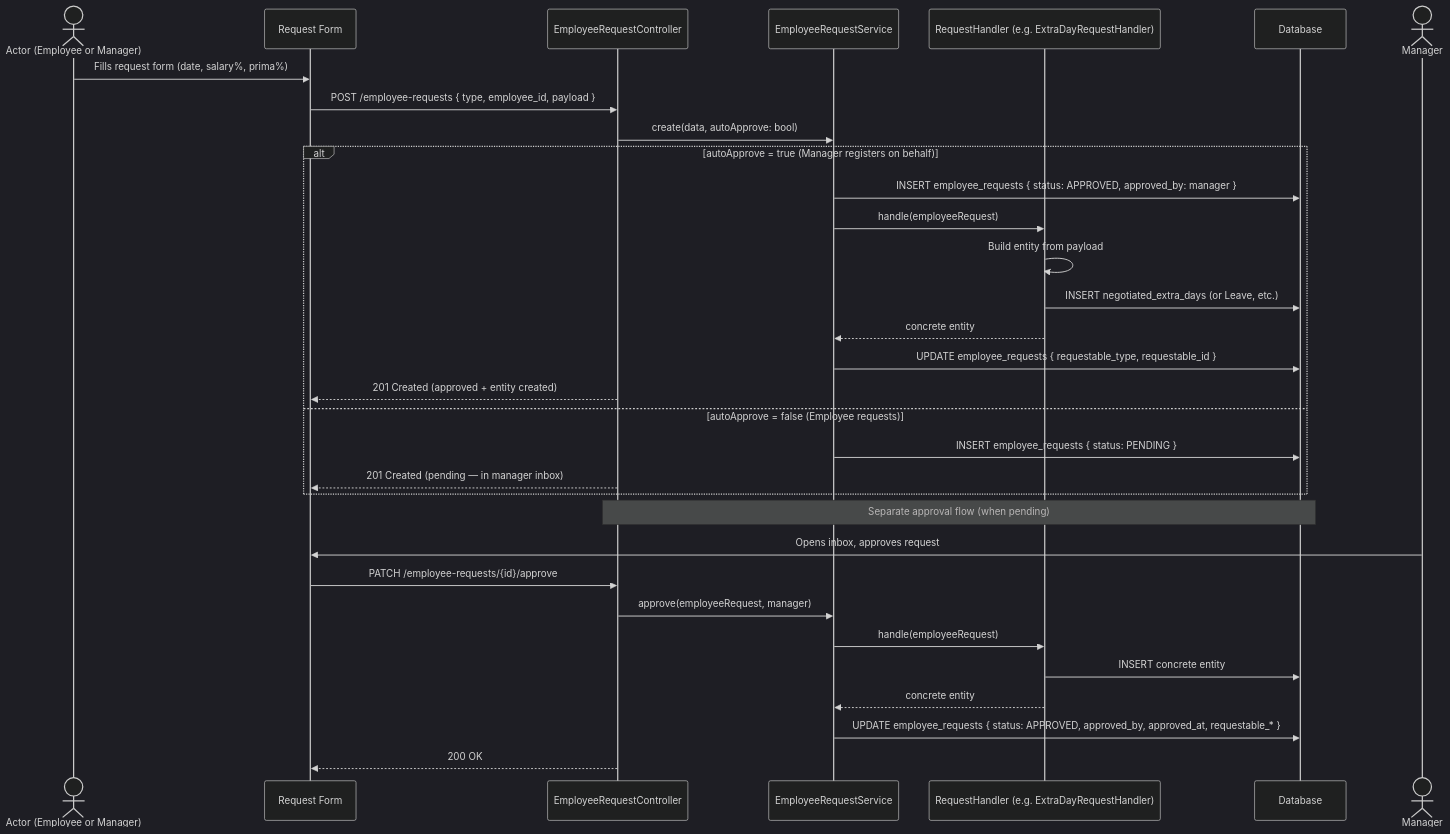
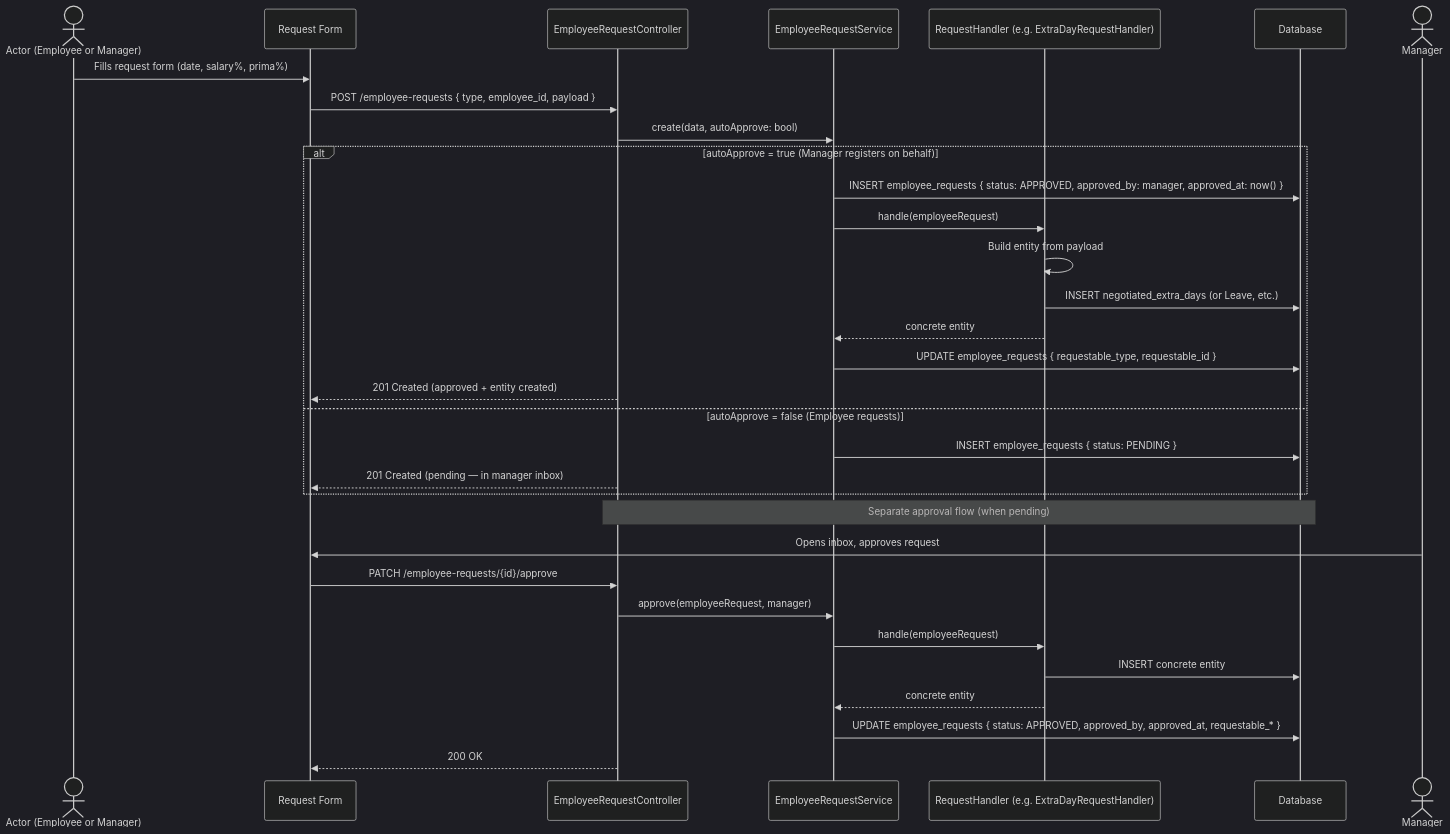
One commit to pakodiazdev/sushigo changed diagram 19 of 20 in doc/modules/attendance-payroll/attendance-payroll-domain-model.en.md. Above: the diagram before and after it, drawn with Mermaid (dark theme). The commit also changed other lines of this file and 2 other files, not shown here.

````diff
--- a/doc/modules/attendance-payroll/attendance-payroll-domain-model.en.md
+++ b/doc/modules/attendance-payroll/attendance-payroll-domain-model.en.md
@@ -1509,38 +1511,38 @@
 ```mermaid
 sequenceDiagram
     actor A as Actor (Employee or Manager)
     participant UI as Request Form
     participant API as EmployeeRequestController
     participant Svc as EmployeeRequestService
     participant Handler as RequestHandler (e.g. ExtraDayRequestHandler)
     participant DB as Database
 
     A->>UI: Fills request form (date, salary%, prima%)
     UI->>API: POST /employee-requests { type, employee_id, payload }
     API->>Svc: create(data, autoApprove: bool)
 
     alt autoApprove = true (Manager registers on behalf)
-        Svc->>DB: INSERT employee_requests { status: APPROVED, approved_by: manager }
+        Svc->>DB: INSERT employee_requests { status: APPROVED, approved_by: manager, approved_at: now() }
         Svc->>Handler: handle(employeeRequest)
         Handler->>Handler: Build entity from payload
         Handler->>DB: INSERT negotiated_extra_days (or Leave, etc.)
         Handler-->>Svc: concrete entity
         Svc->>DB: UPDATE employee_requests { requestable_type, requestable_id }
         API-->>UI: 201 Created (approved + entity created)
     else autoApprove = false (Employee requests)
         Svc->>DB: INSERT employee_requests { status: PENDING }
         API-->>UI: 201 Created (pending — in manager inbox)
     end
 
     note over API,DB: Separate approval flow (when pending)
 
     actor M as Manager
     M->>UI: Opens inbox, approves request
     UI->>API: PATCH /employee-requests/{id}/approve
     API->>Svc: approve(employeeRequest, manager)
     Svc->>Handler: handle(employeeRequest)
     Handler->>DB: INSERT concrete entity
     Handler-->>Svc: concrete entity
     Svc->>DB: UPDATE employee_requests { status: APPROVED, approved_by, approved_at, requestable_* }
     API-->>UI: 200 OK
 ```
````
